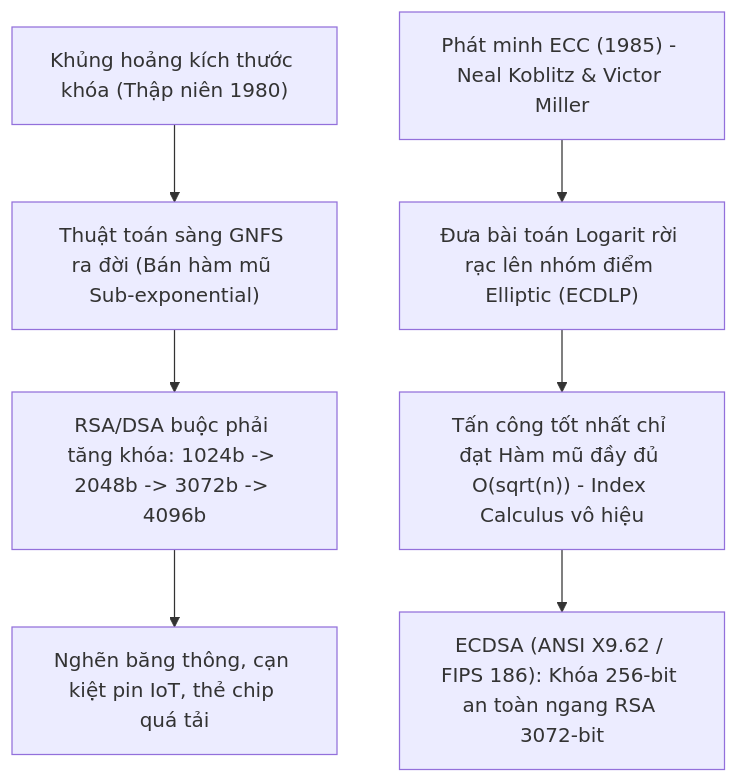
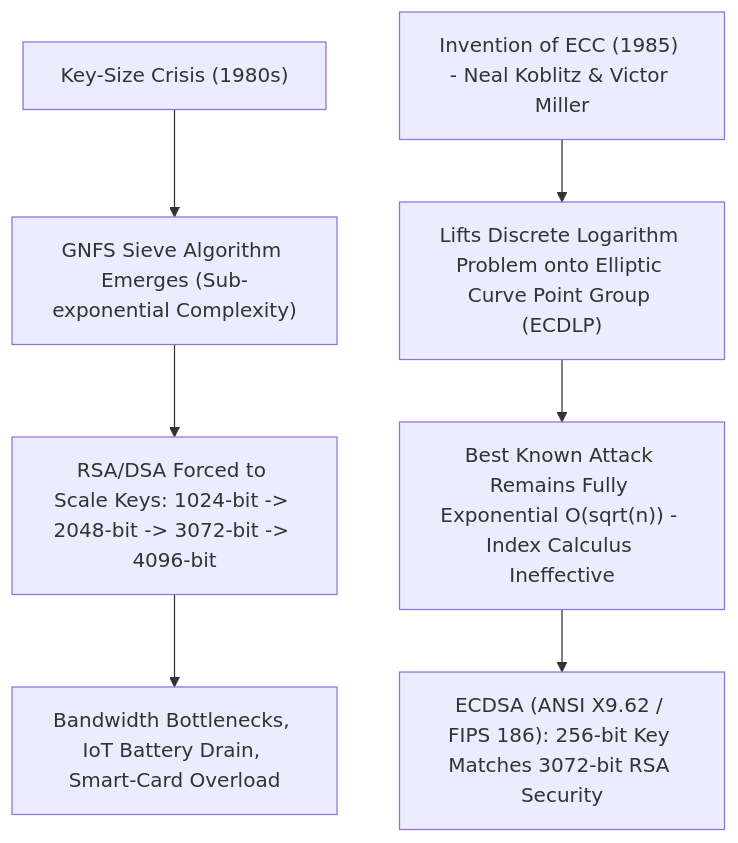
Before and after one commit to thuann2212/IS-TEXT-: the first of 6 diagrams in docs/bao_cao_ecdsa.md, drawn with Mermaid. The commit also changed other lines of this file and 5 other files, not shown here.

````diff
--- a/docs/bao_cao_ecdsa.md
+++ b/docs/bao_cao_ecdsa.md
@@ -31,9 +31,9 @@
 ```mermaid
 flowchart TD
-    A["Khủng hoảng kích thước khóa (Thập niên 1980)"] --> B["Thuật toán sàng GNFS ra đời (Bán hàm mũ Sub-exponential)"]
-    B --> C["RSA/DSA buộc phải tăng khóa: 1024b -> 2048b -> 3072b -> 4096b"]
-    C --> D["Nghẽn băng thông, cạn kiệt pin IoT, thẻ chip quá tải"]
-    E["Phát minh ECC (1985) - Neal Koblitz & Victor Miller"] --> F["Đưa bài toán Logarit rời rạc lên nhóm điểm Elliptic (ECDLP)"]
-    F --> G["Tấn công tốt nhất chỉ đạt Hàm mũ đầy đủ O(sqrt(n)) - Index Calculus vô hiệu"]
-    G --> H["ECDSA (ANSI X9.62 / FIPS 186): Khóa 256-bit an toàn ngang RSA 3072-bit"]
+    A["Key-Size Crisis (1980s)"] --> B["GNFS Sieve Algorithm Emerges (Sub-exponential Complexity)"]
+    B --> C["RSA/DSA Forced to Scale Keys: 1024-bit -> 2048-bit -> 3072-bit -> 4096-bit"]
+    C --> D["Bandwidth Bottlenecks, IoT Battery Drain, Smart-Card Overload"]
+    E["Invention of ECC (1985) - Neal Koblitz & Victor Miller"] --> F["Lifts Discrete Logarithm Problem onto Elliptic Curve Point Group (ECDLP)"]
+    F --> G["Best Known Attack Remains Fully Exponential O(sqrt(n)) - Index Calculus Ineffective"]
+    G --> H["ECDSA (ANSI X9.62 / FIPS 186): 256-bit Key Matches 3072-bit RSA Security"]
 ```
````
